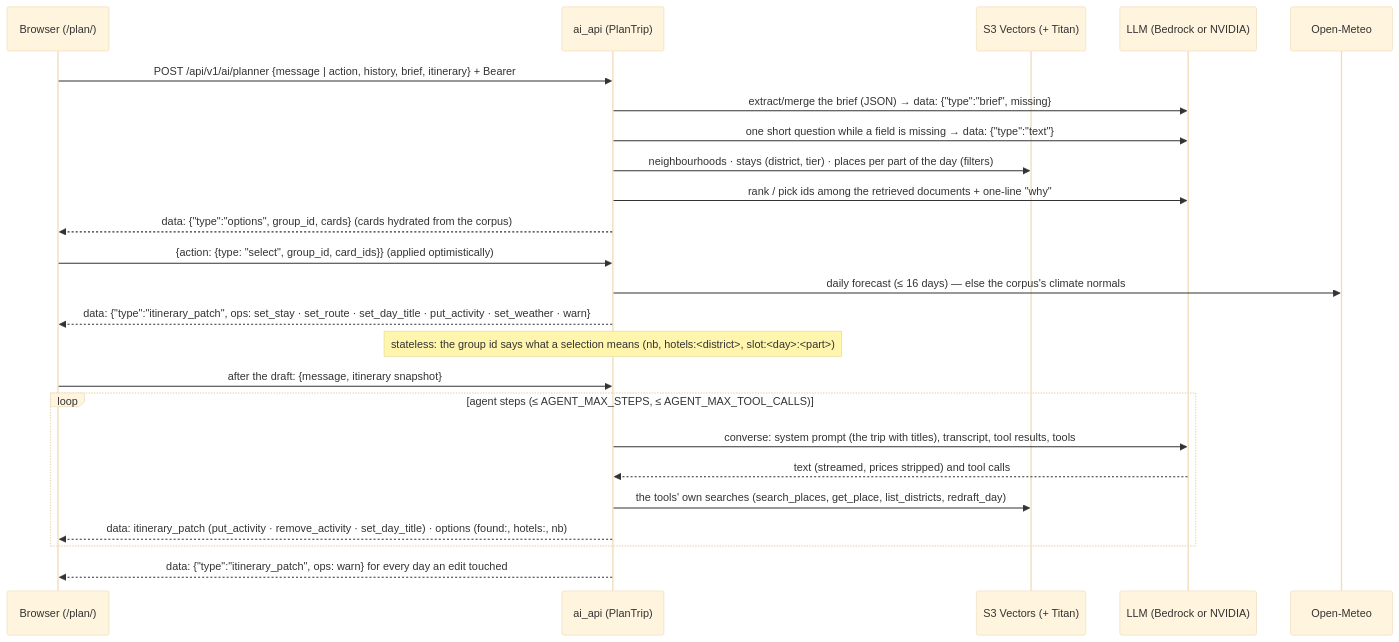
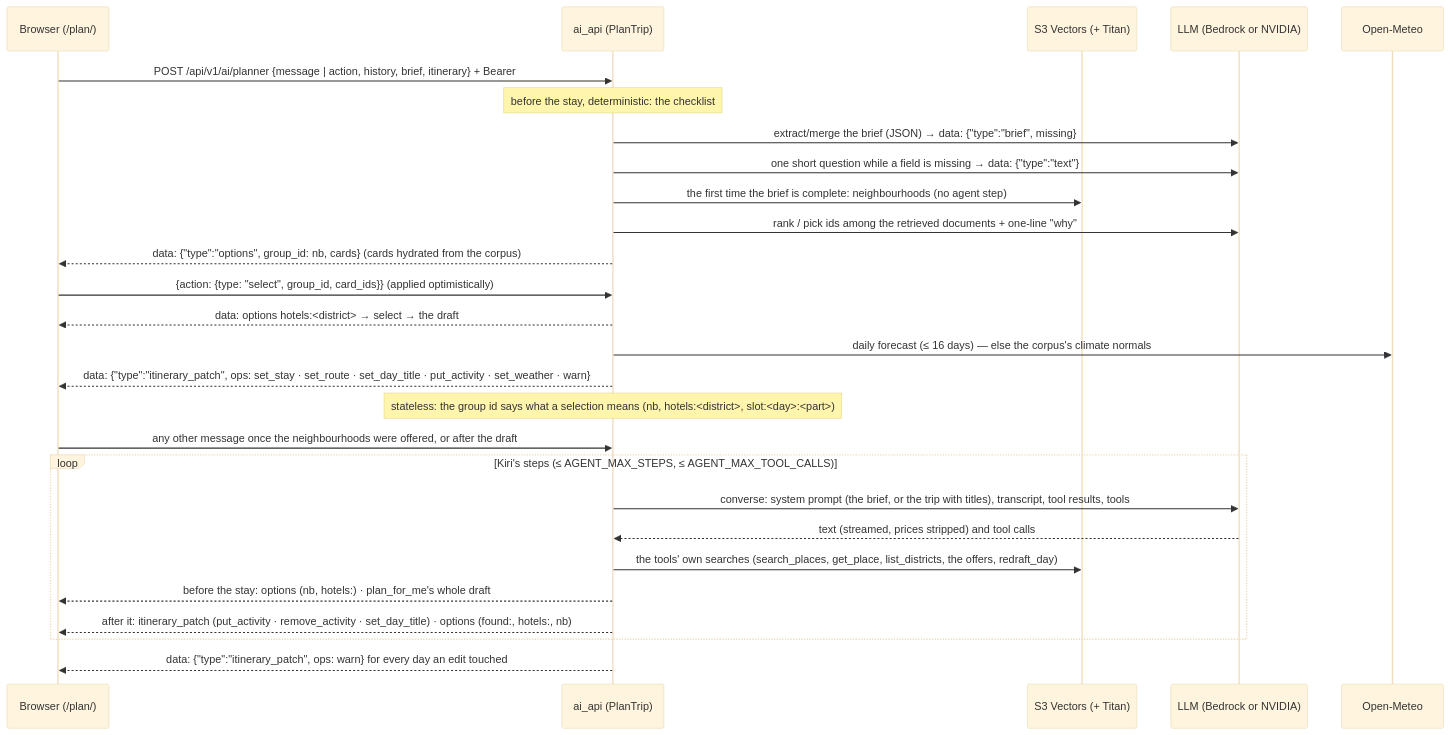
Before and after one commit to Joakamakaka1/travel-ai-world: the fourth of 4 diagrams in docs/architecture/overview.md, drawn with Mermaid (base theme). The commit also changed other lines of this file and 18 other files, not shown here.

First line of the commit message:
refactor(ai_api): Kiri runs the whole conversation; the intent classifier retires (TRA-291) (#250)

````diff
--- a/docs/architecture/overview.md
+++ b/docs/architecture/overview.md
@@ -157,26 +157,29 @@
 ```mermaid
 sequenceDiagram
     participant B as Browser (/plan/)
     participant A as ai_api (PlanTrip)
     participant V as S3 Vectors (+ Titan)
     participant N as LLM (Bedrock or NVIDIA)
     participant W as Open-Meteo
     B->>A: POST /api/v1/ai/planner {message | action, history, brief, itinerary} + Bearer
+    Note over A: before the stay, deterministic: the checklist
     A->>N: extract/merge the brief (JSON) → data: {"type":"brief", missing}
     A->>N: one short question while a field is missing → data: {"type":"text"}
-    A->>V: neighbourhoods · stays (district, tier) · places per part of the day (filters)
+    A->>V: the first time the brief is complete: neighbourhoods (no agent step)
     A->>N: rank / pick ids among the retrieved documents + one-line "why"
-    A-->>B: data: {"type":"options", group_id, cards} (cards hydrated from the corpus)
+    A-->>B: data: {"type":"options", group_id: nb, cards} (cards hydrated from the corpus)
     B->>A: {action: {type: "select", group_id, card_ids}} (applied optimistically)
+    A-->>B: data: options hotels:<district> → select → the draft
     A->>W: daily forecast (≤ 16 days) — else the corpus's climate normals
     A-->>B: data: {"type":"itinerary_patch", ops: set_stay · set_route · set_day_title · put_activity · set_weather · warn}
     Note over A: stateless: the group id says what a selection means (nb, hotels:<district>, slot:<day>:<part>)
-    B->>A: after the draft: {message, itinerary snapshot}
-    loop agent steps (≤ AGENT_MAX_STEPS, ≤ AGENT_MAX_TOOL_CALLS)
-        A->>N: converse: system prompt (the trip with titles), transcript, tool results, tools
+    B->>A: any other message once the neighbourhoods were offered, or after the draft
+    loop Kiri's steps (≤ AGENT_MAX_STEPS, ≤ AGENT_MAX_TOOL_CALLS)
+        A->>N: converse: system prompt (the brief, or the trip with titles), transcript, tool results, tools
         N-->>A: text (streamed, prices stripped) and tool calls
-        A->>V: the tools' own searches (search_places, get_place, list_districts, redraft_day)
-        A-->>B: data: itinerary_patch (put_activity · remove_activity · set_day_title) · options (found:, hotels:, nb)
+        A->>V: the tools' own searches (search_places, get_place, list_districts, the offers, redraft_day)
+        A-->>B: before the stay: options (nb, hotels:) · plan_for_me's whole draft
+        A-->>B: after it: itinerary_patch (put_activity · remove_activity · set_day_title) · options (found:, hotels:, nb)
     end
     A-->>B: data: {"type":"itinerary_patch", ops: warn} for every day an edit touched
 ```
````
